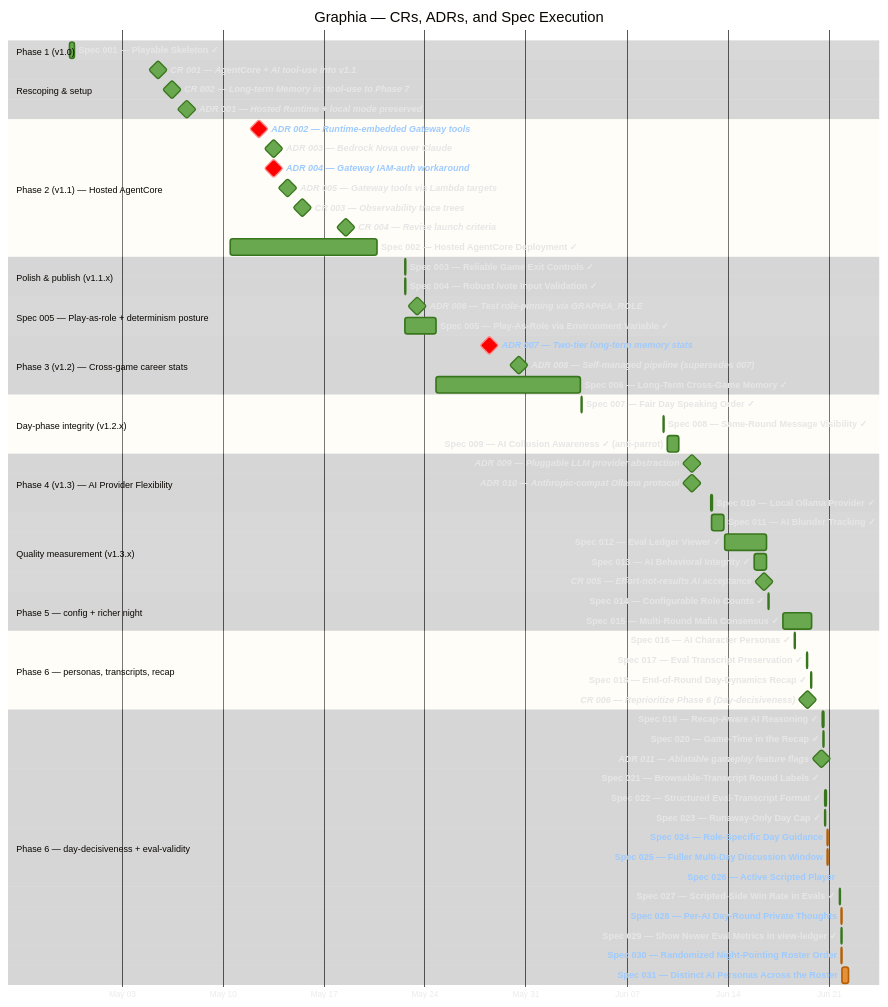
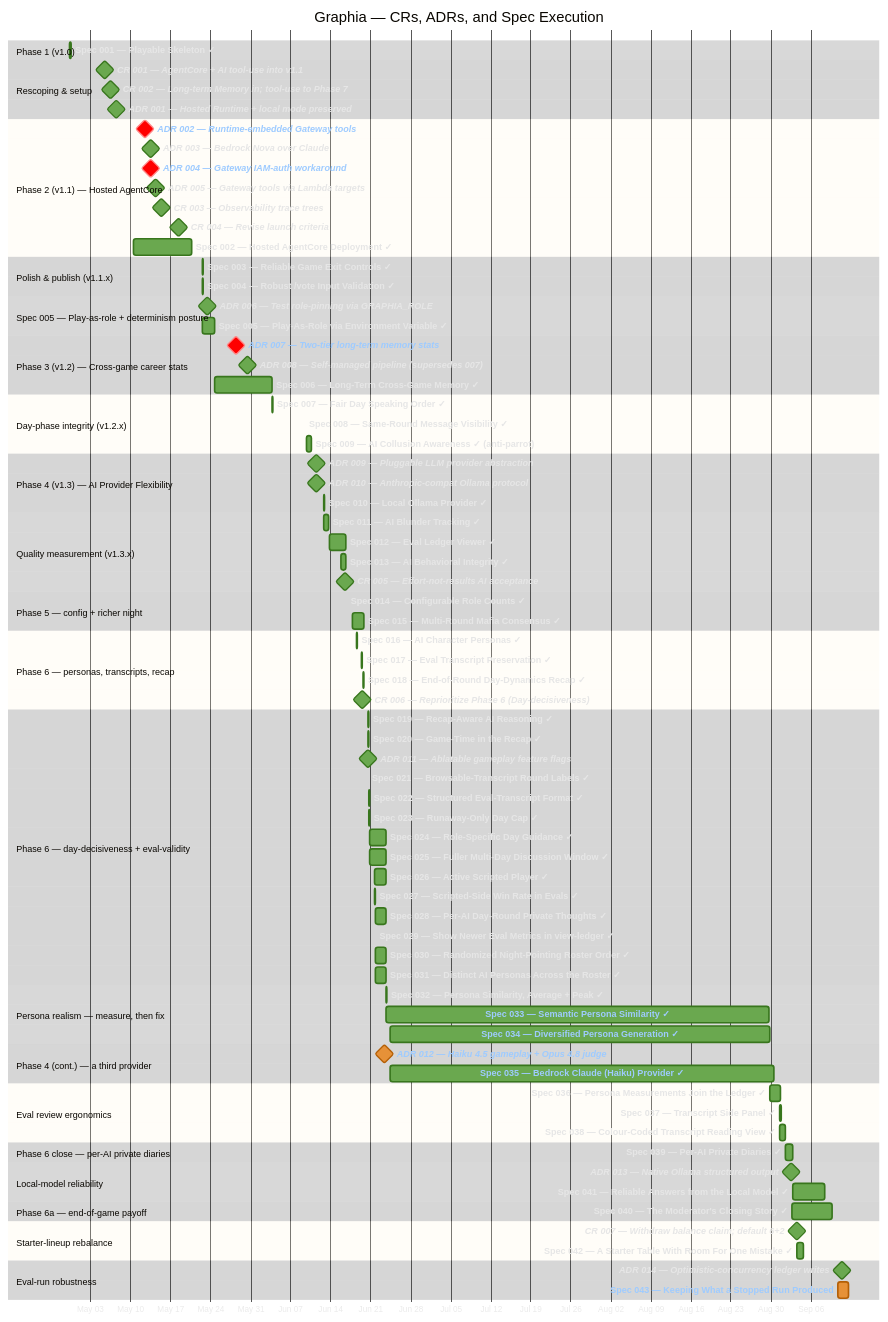
One commit to tigra/graphia changed the diagram in context/project-timeline.md. Above: the diagram before and after it, drawn with Mermaid. The commit also changed other lines of this file and 1 other file, not shown here.

First line of the commit message:
Project timeline: extend coverage from 2026-06-21 to 2026-09-12

````diff
--- a/context/project-timeline.md
+++ b/context/project-timeline.md
@@ -85,14 +85,46 @@
     Spec 021 — Browsable-Transcript Round Labels ✓       :done, sp21, 2026-06-20 14:12, 2026-06-20 14:19
     Spec 022 — Structured Eval-Transcript Format ✓       :done, sp22, 2026-06-20 17:41, 2026-06-20 19:26
     Spec 023 — Runaway-Only Day Cap ✓                    :done, sp23, 2026-06-20 17:50, 2026-06-20 19:13
-    Spec 024 — Role-Specific Day Guidance                :active, sp24, 2026-06-20 21:00, 2026-06-20 23:00
-    Spec 025 — Fuller Multi-Day Discussion Window        :active, sp25, 2026-06-20 21:05, 2026-06-20 23:05
-    Spec 026 — Active Scripted Player                    :active, sp26, 2026-06-21 17:27, 2026-06-21 17:59
+    Spec 024 — Role-Specific Day Guidance ✓              :done, sp24, 2026-06-20 21:00, 2026-06-23 18:13
+    Spec 025 — Fuller Multi-Day Discussion Window ✓      :done, sp25, 2026-06-20 21:05, 2026-06-23 18:13
+    Spec 026 — Active Scripted Player ✓                  :done, sp26, 2026-06-21 17:27, 2026-06-23 18:13
     Spec 027 — Scripted-Side Win Rate in Evals ✓         :done, sp27, 2026-06-21 17:41, 2026-06-21 19:41
-    Spec 028 — Per-AI Day-Round Private Thoughts         :active, sp28, 2026-06-21 20:27, 2026-06-21 22:27
+    Spec 028 — Per-AI Day-Round Private Thoughts ✓       :done, sp28, 2026-06-21 20:27, 2026-06-23 18:13
     Spec 029 — Show Newer Eval Metrics in view-ledger ✓  :done, sp29, 2026-06-21 20:05, 2026-06-21 22:05
-    Spec 030 — Randomized Night-Pointing Roster Order    :active, sp30, 2026-06-21 20:13, 2026-06-21 22:13
-    Spec 031 — Distinct AI Personas Across the Roster    :active, sp31, 2026-06-21 21:18, 2026-06-22 08:50
+    Spec 030 — Randomized Night-Pointing Roster Order ✓  :done, sp30, 2026-06-21 20:13, 2026-06-23 18:13
+    Spec 031 — Distinct AI Personas Across the Roster ✓   :done, sp31, 2026-06-21 21:18, 2026-06-23 18:13
+
+    section Persona realism — measure, then fix
+    Spec 032 — Persona Similarity, Average + Peak ✓       :done, sp32, 2026-06-23 18:00, 2026-06-23 19:17
+    Spec 033 — Semantic Persona Similarity ✓              :done, sp33, 2026-06-23 18:00, 2026-08-29 15:51
+    Spec 034 — Diversified Persona Generation ✓           :done, sp34, 2026-06-24 10:49, 2026-08-29 20:50
+
+    section Phase 4 (cont.) — a third provider
+    ADR 012 — Haiku 4.5 gameplay + Opus 4.8 judge         :milestone, active, a12, 2026-06-23 12:00, 0d
+    Spec 035 — Bedrock Claude (Haiku) Provider ✓          :done, sp35, 2026-06-24 10:49, 2026-08-30 12:25
+
+    section Eval review ergonomics
+    Spec 036 — Persona Measurements Join the Ledger ✓     :done, sp36, 2026-08-29 20:50, 2026-08-31 16:58
+    Spec 037 — Transcript Side Panel ✓                    :done, sp37, 2026-08-31 12:46, 2026-08-31 19:44
+    Spec 038 — Colour-Coded Transcript Reading View ✓     :done, sp38, 2026-08-31 12:46, 2026-09-01 12:01
+
+    section Phase 6 close — per-AI private diaries
+    Spec 039 — Per-AI Private Diaries ✓                   :done, sp39, 2026-09-01 13:46, 2026-09-02 18:18
+
+    section Local-model reliability
+    ADR 013 — Native Ollama structured output             :milestone, done, a13, 2026-09-02 12:00, 0d
+    Spec 041 — Reliable Answers from the Local Model ✓    :done, sp41, 2026-09-02 20:45, 2026-09-08 09:52
+
+    section Phase 6a — end-of-game payoff
+    Spec 040 — The Moderator's Closing Story ✓            :done, sp40, 2026-09-02 16:57, 2026-09-09 16:29
+
+    section Starter-lineup rebalance
+    CR 007 — Withdraw balance claim; default 6+2          :milestone, done, cr7, 2026-09-03 12:00, 0d
+    Spec 042 — A Starter Table With Room For One Mistake ✓ :done, sp42, 2026-09-03 14:11, 2026-09-04 15:17
+
+    section Eval-run robustness
+    ADR 014 — Optimistic-concurrency ledger writes        :milestone, done, a14, 2026-09-11 12:00, 0d
+    Spec 043 — Keeping What a Stopped Run Produced        :active, sp43, 2026-09-10 18:31, 2026-09-12 14:00
 
     click sp1 href "https://github.com/tigra/graphia/tree/main/context/spec/001-playable-skeleton"
     click m1 href "https://github.com/tigra/graphia/blob/main/context/change-requests/001-agentcore-and-tools-in-scope.md"
@@ -142,4 +174,20 @@
     click sp29 href "https://github.com/tigra/graphia/tree/main/context/spec/029-view-ledger-table-metrics"
     click sp30 href "https://github.com/tigra/graphia/tree/main/context/spec/030-randomized-night-roster"
     click sp31 href "https://github.com/tigra/graphia/tree/main/context/spec/031-distinct-ai-personas"
+    click sp32 href "https://github.com/tigra/graphia/tree/main/context/spec/032-persona-mean-similarity"
+    click sp33 href "https://github.com/tigra/graphia/tree/main/context/spec/033-semantic-persona-similarity"
+    click sp34 href "https://github.com/tigra/graphia/tree/main/context/spec/034-diversified-persona-generation"
+    click a12 href "https://github.com/tigra/graphia/blob/main/context/adr/012-bedrock-haiku-profile-opus-eval-judge.md"
+    click sp35 href "https://github.com/tigra/graphia/tree/main/context/spec/035-bedrock-claude-provider"
+    click sp36 href "https://github.com/tigra/graphia/tree/main/context/spec/036-persona-measurement-history"
+    click sp37 href "https://github.com/tigra/graphia/tree/main/context/spec/037-transcript-side-panel"
+    click sp38 href "https://github.com/tigra/graphia/tree/main/context/spec/038-transcript-syntax-highlighting"
+    click sp39 href "https://github.com/tigra/graphia/tree/main/context/spec/039-ai-private-diaries"
+    click a13 href "https://github.com/tigra/graphia/blob/main/context/adr/013-native-ollama-structured-output.md"
+    click sp41 href "https://github.com/tigra/graphia/tree/main/context/spec/041-reliable-structured-decoding"
+    click sp40 href "https://github.com/tigra/graphia/tree/main/context/spec/040-moderator-creative-recap"
+    click cr7 href "https://github.com/tigra/graphia/blob/main/context/change-requests/007-starter-lineup-balance-claim-and-default.md"
+    click sp42 href "https://github.com/tigra/graphia/tree/main/context/spec/042-default-lineup-six-plus-two"
+    click a14 href "https://github.com/tigra/graphia/blob/main/context/adr/014-optimistic-concurrency-ledger-writes.md"
+    click sp43 href "https://github.com/tigra/graphia/tree/main/context/spec/043-partial-eval-runs"
 ```
````
